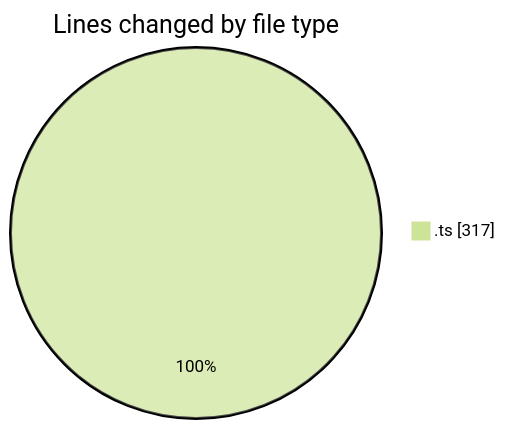
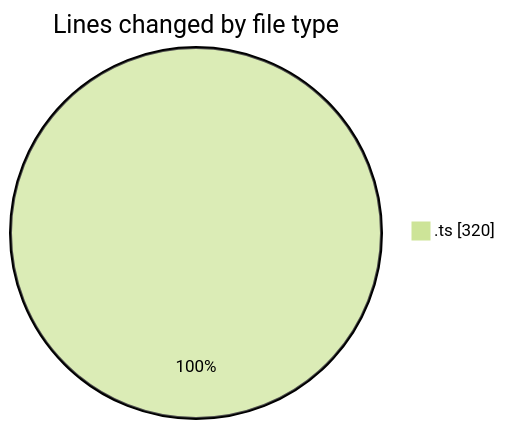
One commit to tmsrecording-cyber/code-tracking changed the first of 2 diagrams in 2026-02-09/singularitybrainai/README.md. Above: the diagram before and after it, drawn with Mermaid (forest theme). The commit also changed other lines of this file and 1 other file, not shown here.

````diff
--- a/2026-02-09/singularitybrainai/README.md
+++ b/2026-02-09/singularitybrainai/README.md
@@ -21,5 +21,5 @@
 ```mermaid
 pie showData
 title Lines changed by file type
-".ts" : 317
+".ts" : 320
 ```
````
